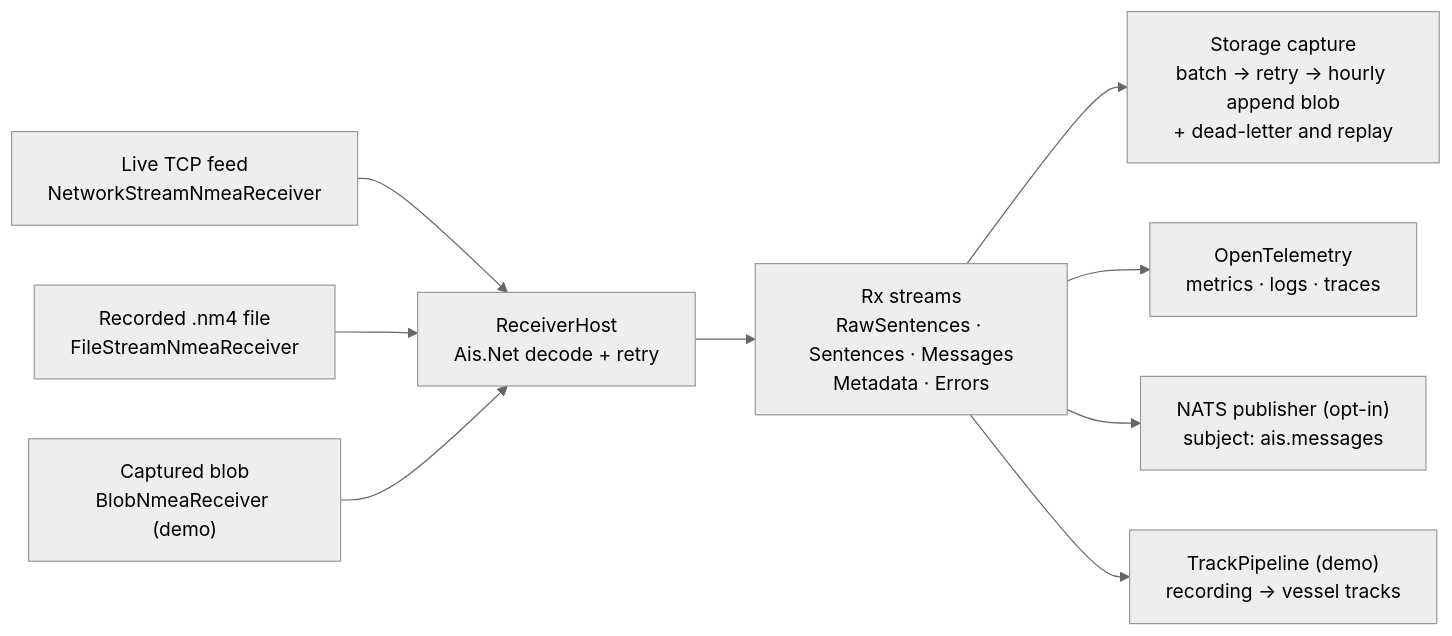
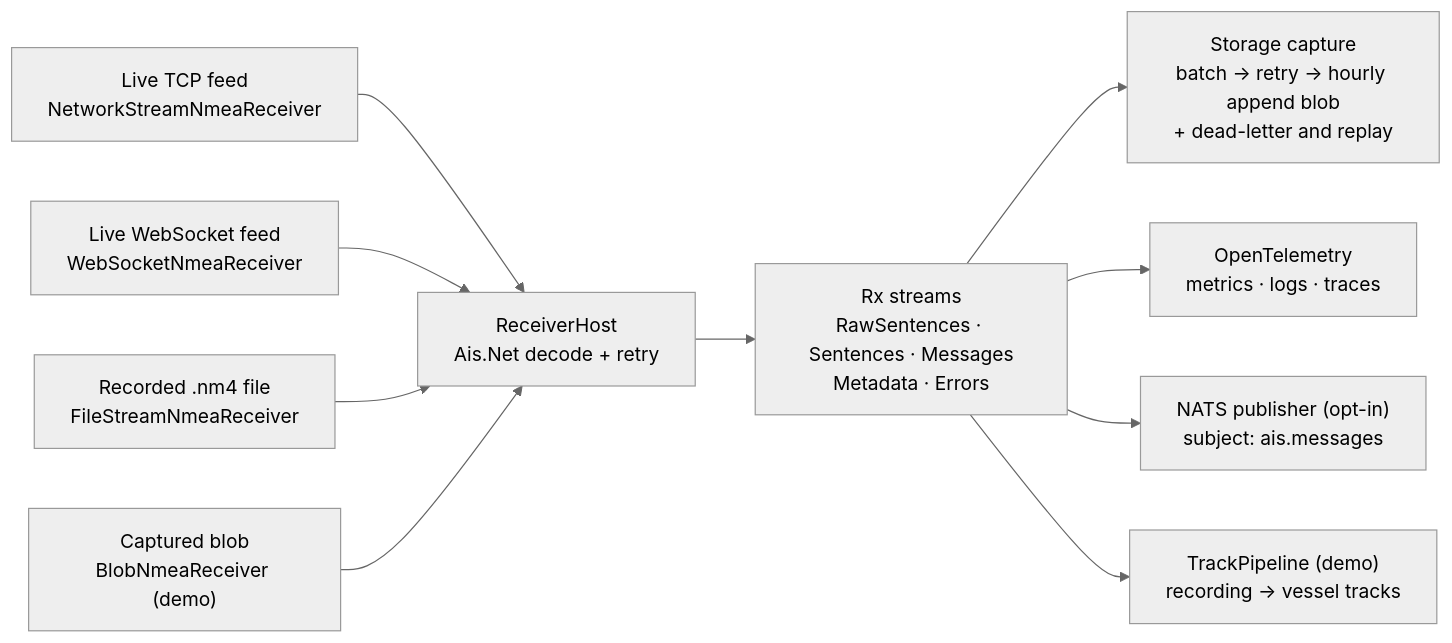
One commit to ais-dotnet/Ais.Net.Receiver changed the first of 2 diagrams in README.md. Above: the diagram before and after it, drawn with Mermaid (neutral theme). The commit also changed other lines of this file and 2 other files, not shown here.

First line of the commit message:
Document the WebSocket transport and broadcaster; adopt Keep a Changelog

````diff
--- a/README.md
+++ b/README.md
@@ -73,13 +73,14 @@
 ```mermaid
 flowchart LR
     TCP["Live TCP feed<br/>NetworkStreamNmeaReceiver"] --> RH
+    WS["Live WebSocket feed<br/>WebSocketNmeaReceiver"] --> RH
     FILE["Recorded .nm4 file<br/>FileStreamNmeaReceiver"] --> RH
     BLOB["Captured blob<br/>BlobNmeaReceiver (demo)"] --> RH
 
     RH["ReceiverHost<br/>Ais.Net decode + retry"] --> STREAMS["Rx streams<br/>RawSentences · Sentences · Messages<br/>Metadata · Errors"]
 
     STREAMS --> STORE["Storage capture<br/>batch → retry → hourly append blob<br/>+ dead-letter and replay"]
     STREAMS --> TEL["OpenTelemetry<br/>metrics · logs · traces"]
     STREAMS --> PUB["NATS publisher (opt-in)<br/>subject: ais.messages"]
     STREAMS --> TRK["TrackPipeline (demo)<br/>recording → vessel tracks"]
 ```
````
